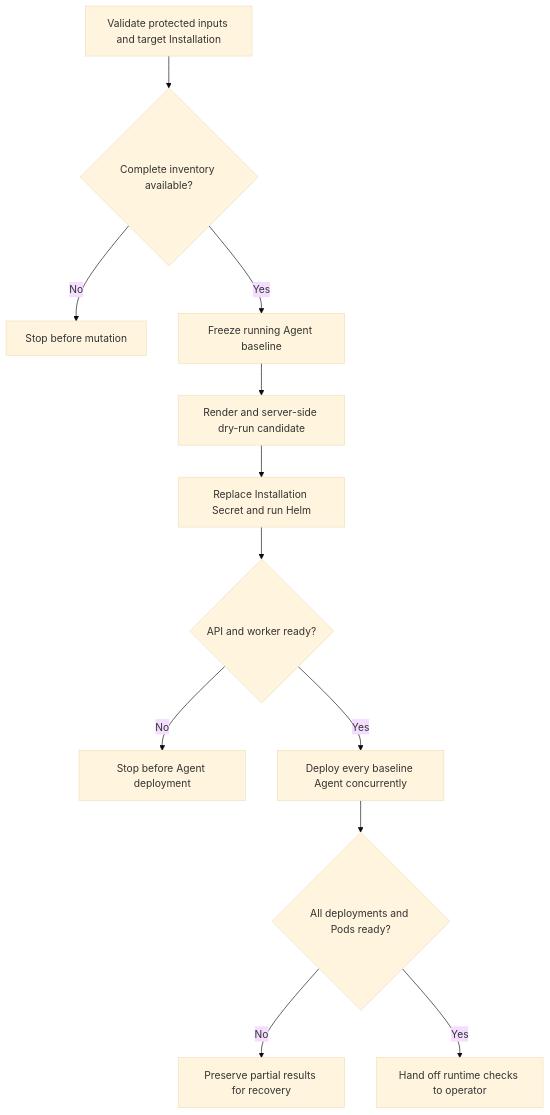
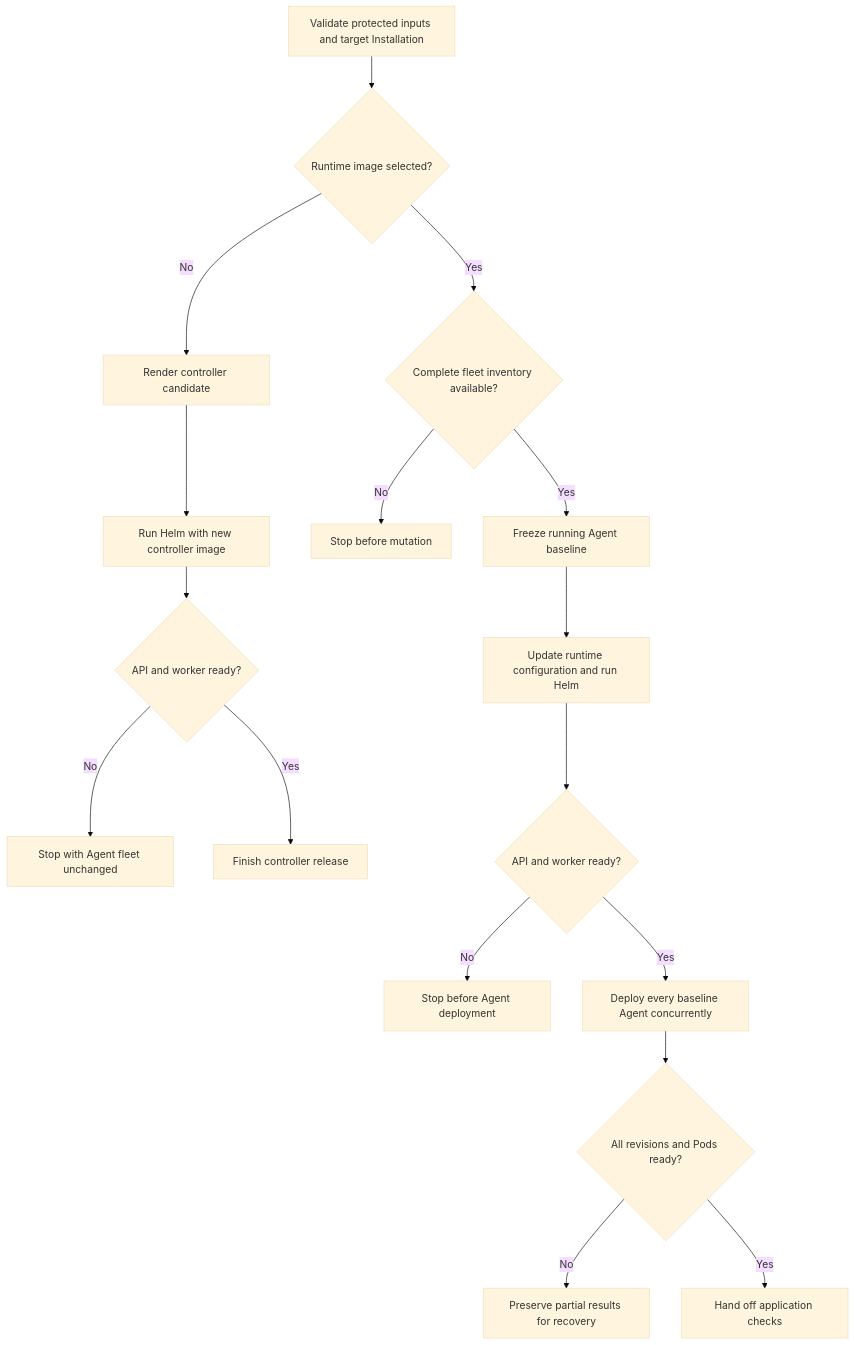
One commit to IsaiahStapleton/openclaw-enterprise changed the diagram in docs/flows/coordinated-production-upgrade.md. Above: the diagram before and after it, drawn with Mermaid (base theme). The commit also changed other lines of this file and 7 other files, not shown here.

````diff
--- a/docs/flows/coordinated-production-upgrade.md
+++ b/docs/flows/coordinated-production-upgrade.md
@@ -29,14 +30,19 @@
 ```mermaid
 graph TD
-    A["Validate protected inputs and target Installation"] --> B{"Complete inventory available?"}
-    B -->|No| C["Stop before mutation"]
-    B -->|Yes| D["Freeze running Agent baseline"]
-    D --> E["Render and server-side dry-run candidate"]
-    E --> F["Replace Installation Secret and run Helm"]
-    F --> G{"API and worker ready?"}
-    G -->|No| H["Stop before Agent deployment"]
-    G -->|Yes| I["Deploy every baseline Agent concurrently"]
-    I --> J{"All deployments and Pods ready?"}
-    J -->|No| K["Preserve partial results for recovery"]
-    J -->|Yes| L["Hand off runtime checks to operator"]
+    A["Validate protected inputs and target Installation"] --> B{"Runtime image selected?"}
+    B -->|No| C["Render controller candidate"]
+    C --> D["Run Helm with new controller image"]
+    D --> E{"API and worker ready?"}
+    E -->|No| F["Stop with Agent fleet unchanged"]
+    E -->|Yes| G["Finish controller release"]
+    B -->|Yes| H{"Complete fleet inventory available?"}
+    H -->|No| I["Stop before mutation"]
+    H -->|Yes| J["Freeze running Agent baseline"]
+    J --> K["Update runtime configuration and run Helm"]
+    K --> L{"API and worker ready?"}
+    L -->|No| M["Stop before Agent deployment"]
+    L -->|Yes| N["Deploy every baseline Agent concurrently"]
+    N --> O{"All revisions and Pods ready?"}
+    O -->|No| P["Preserve partial results for recovery"]
+    O -->|Yes| Q["Hand off application checks"]
 ```
````
